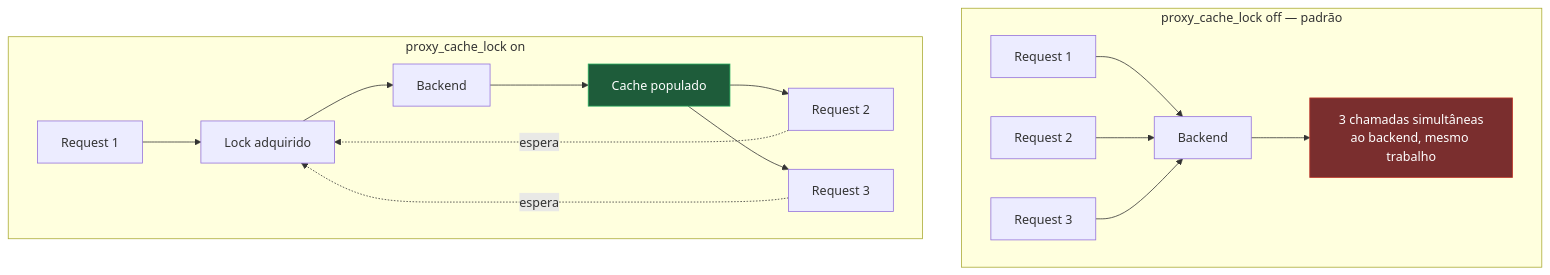
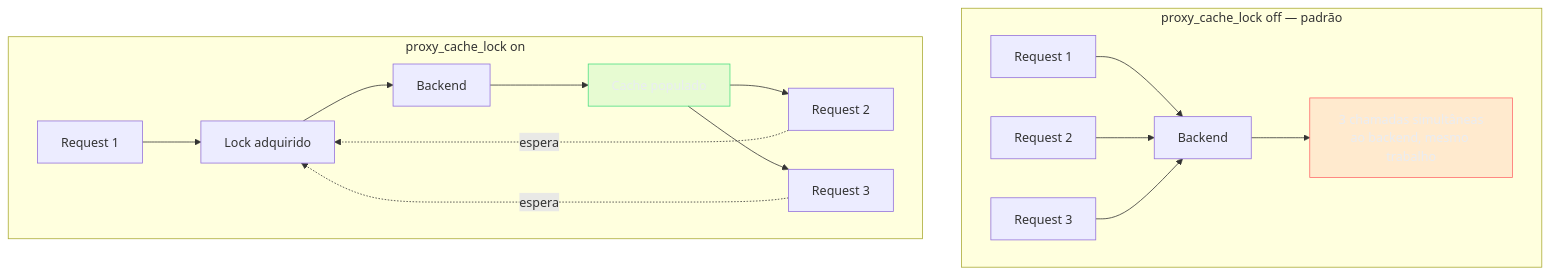
Before and after one commit to josenaldo/codex-technomanticus: the third of 3 diagrams in 03-Dominios/Tecnologia/Infraestrutura/Nginx/10 - Cache no Nginx.md, drawn with Mermaid. The commit also changed other lines of this file and 1181 other files, not shown here.

First line of the commit message:
fix(diagramas): paleta do sistema no lugar de cor cravada no markdown

````diff
--- a/03-Dominios/Tecnologia/Infraestrutura/Nginx/10 - Cache no Nginx.md
+++ b/03-Dominios/Tecnologia/Infraestrutura/Nginx/10 - Cache no Nginx.md
@@ -236,22 +238,24 @@
 ```mermaid
 graph TB
+    classDef falha fill:#FF6B6B24,stroke:#FF6B6B,color:#E9ECF2
+    classDef ok fill:#4ADE8021,stroke:#4ADE80,color:#E9ECF2
     subgraph SemLock["proxy_cache_lock off — padrão"]
         R1a["Request 1"] --> B1["Backend"]
         R2a["Request 2"] --> B1
         R3a["Request 3"] --> B1
         B1 --> N1["3 chamadas simultâneas<br/>ao backend, mesmo trabalho"]
     end
 
     subgraph ComLock["proxy_cache_lock on"]
         R1b["Request 1"] --> L["Lock adquirido"]
         L --> B2["Backend"]
         R2b["Request 2"] -.->|"espera"| L
         R3b["Request 3"] -.->|"espera"| L
         B2 --> C["Cache populado"]
         C --> R2b
         C --> R3b
     end
 
-    style N1 fill:#7a2e2e,stroke:#c0392b,color:#fff
-    style C fill:#1e5c3a,stroke:#27ae60,color:#fff
+    class N1 falha
+    class C ok
 ```
````
